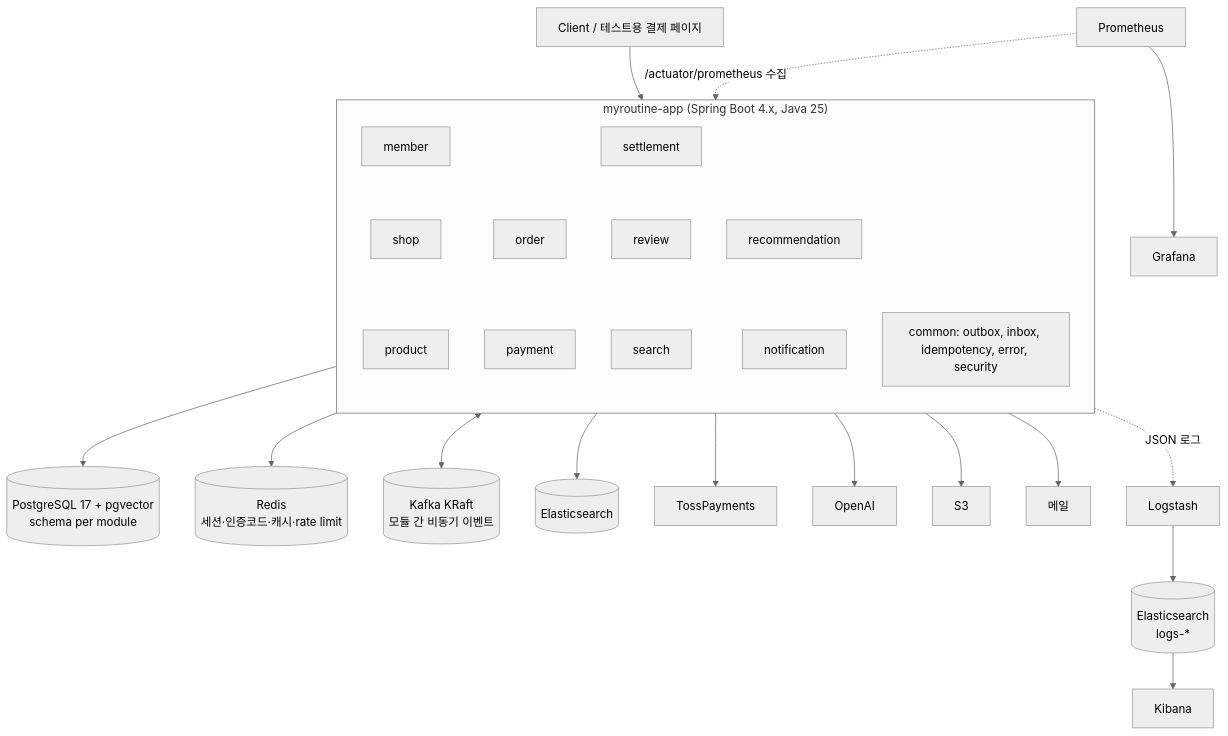
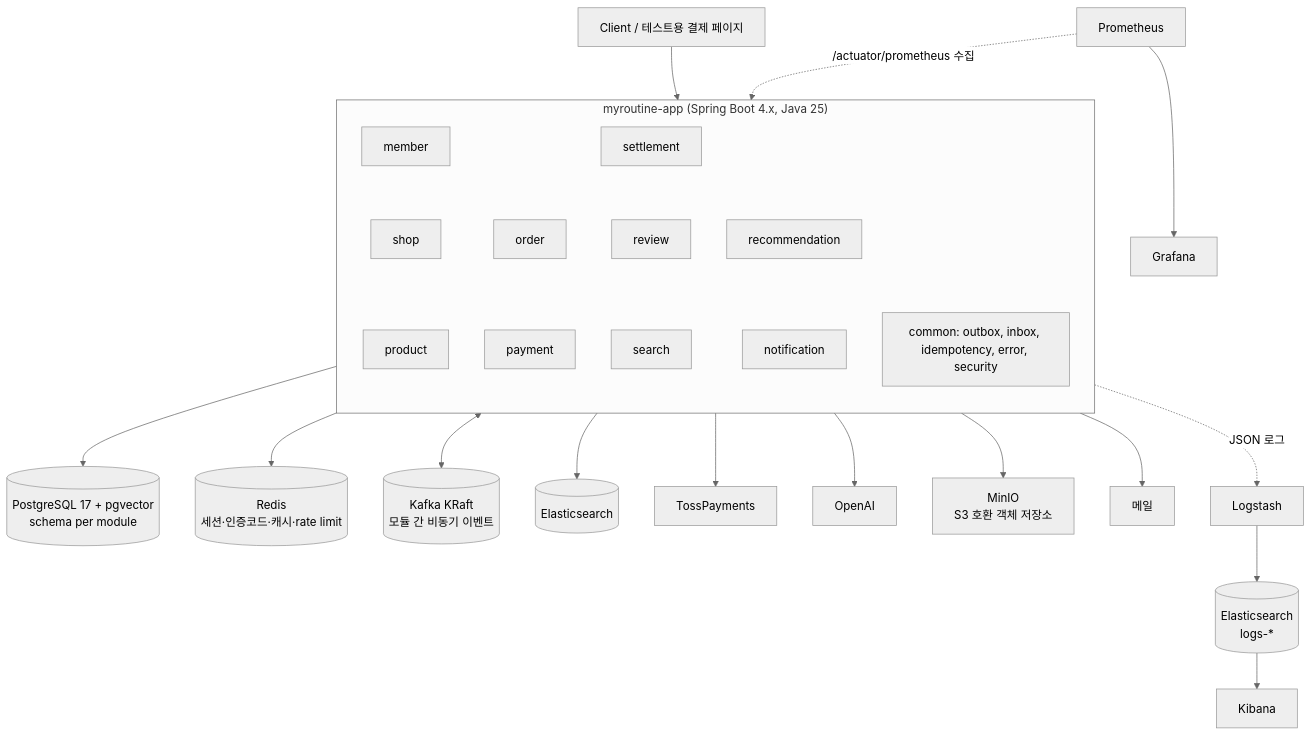
The first of 2 diagrams in docs/02-design/02-architecture-stage1.md (95twan/myroutine-v2), drawn with Mermaid (neutral theme) before and after one commit. The commit also changed other lines of this file and 20 other files, not shown here.

````diff
--- a/docs/02-design/02-architecture-stage1.md
+++ b/docs/02-design/02-architecture-stage1.md
@@ -5,23 +7,23 @@
 ```mermaid
 flowchart TB
   Client[Client / 테스트용 결제 페이지] --> App
   subgraph App["myroutine-app (Spring Boot 4.x, Java 25)"]
     direction TB
     MEM[member] ~~~ SHOP[shop] ~~~ PRD[product]
     ORD[order] ~~~ PAY[payment]
     STL[settlement] ~~~ REV[review] ~~~ SRC[search]
     REC[recommendation] ~~~ NTF[notification]
     COM[common: outbox, inbox, idempotency, error, security]
   end
   App --> PG[(PostgreSQL 17 + pgvector<br/>schema per module)]
   App --> RD[(Redis<br/>세션·인증코드·캐시·rate limit)]
   App <--> KF[(Kafka KRaft<br/>모듈 간 비동기 이벤트)]
   App --> ES[(Elasticsearch)]
   App --> TOSS[TossPayments]
   App --> OAI[OpenAI]
-  App --> S3[S3]
+  App --> S3[MinIO<br/>S3 호환 객체 저장소]
   App --> SMTP[메일]
   App -. JSON 로그 .-> LS[Logstash] --> ESL[(Elasticsearch<br/>logs-*)] --> KIB[Kibana]
   PROM[Prometheus] -. /actuator/prometheus 수집 .-> App
   PROM --> GRAF[Grafana]
 ```
````
